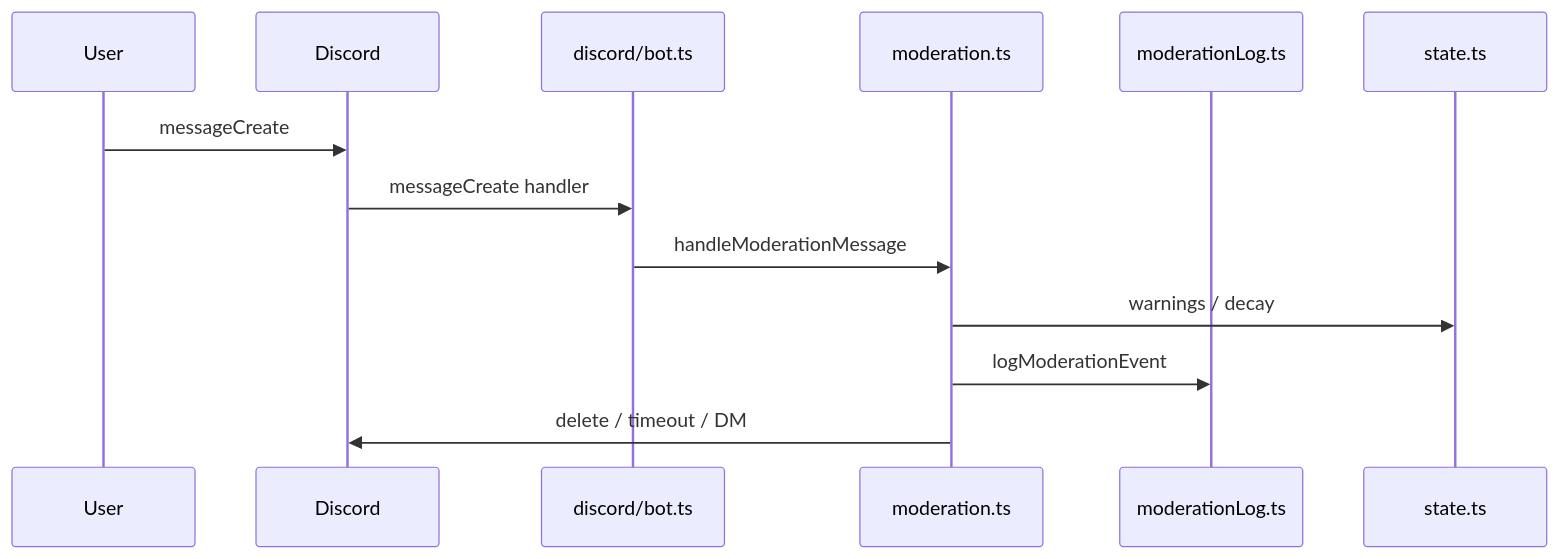
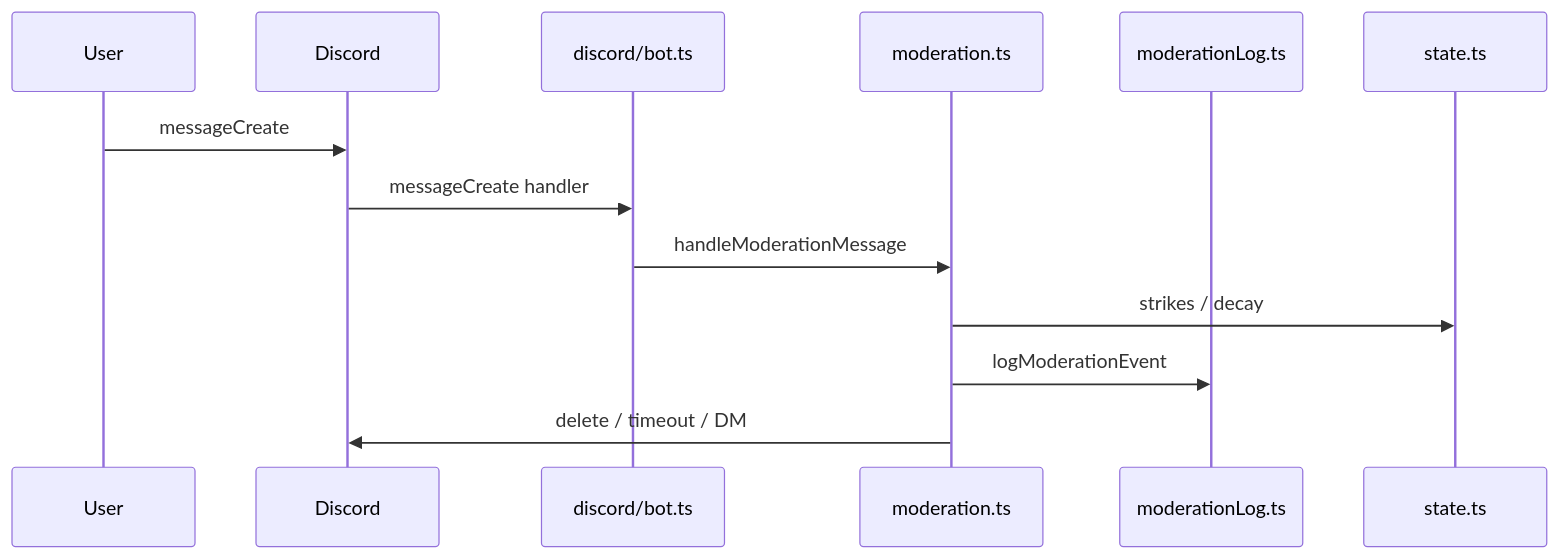
Before and after one commit to Falxns/tg-bot-sc-announcer: the fourth of 4 diagrams in docs/CODEBASE_MAP.md, drawn with Mermaid. The commit also changed other lines of this file and 5 other files, not shown here.

````diff
--- a/docs/CODEBASE_MAP.md
+++ b/docs/CODEBASE_MAP.md
@@ -233,16 +233,16 @@
 ```mermaid
 sequenceDiagram
   participant User
   participant DC as Discord
   participant Bot as discord/bot.ts
   participant MOD as moderation.ts
   participant LOG as moderationLog.ts
   participant ST as state.ts
 
   User->>DC: messageCreate
   DC->>Bot: messageCreate handler
   Bot->>MOD: handleModerationMessage
-  MOD->>ST: warnings / decay
+  MOD->>ST: strikes / decay
   MOD->>LOG: logModerationEvent
   MOD->>DC: delete / timeout / DM
 ```
````
